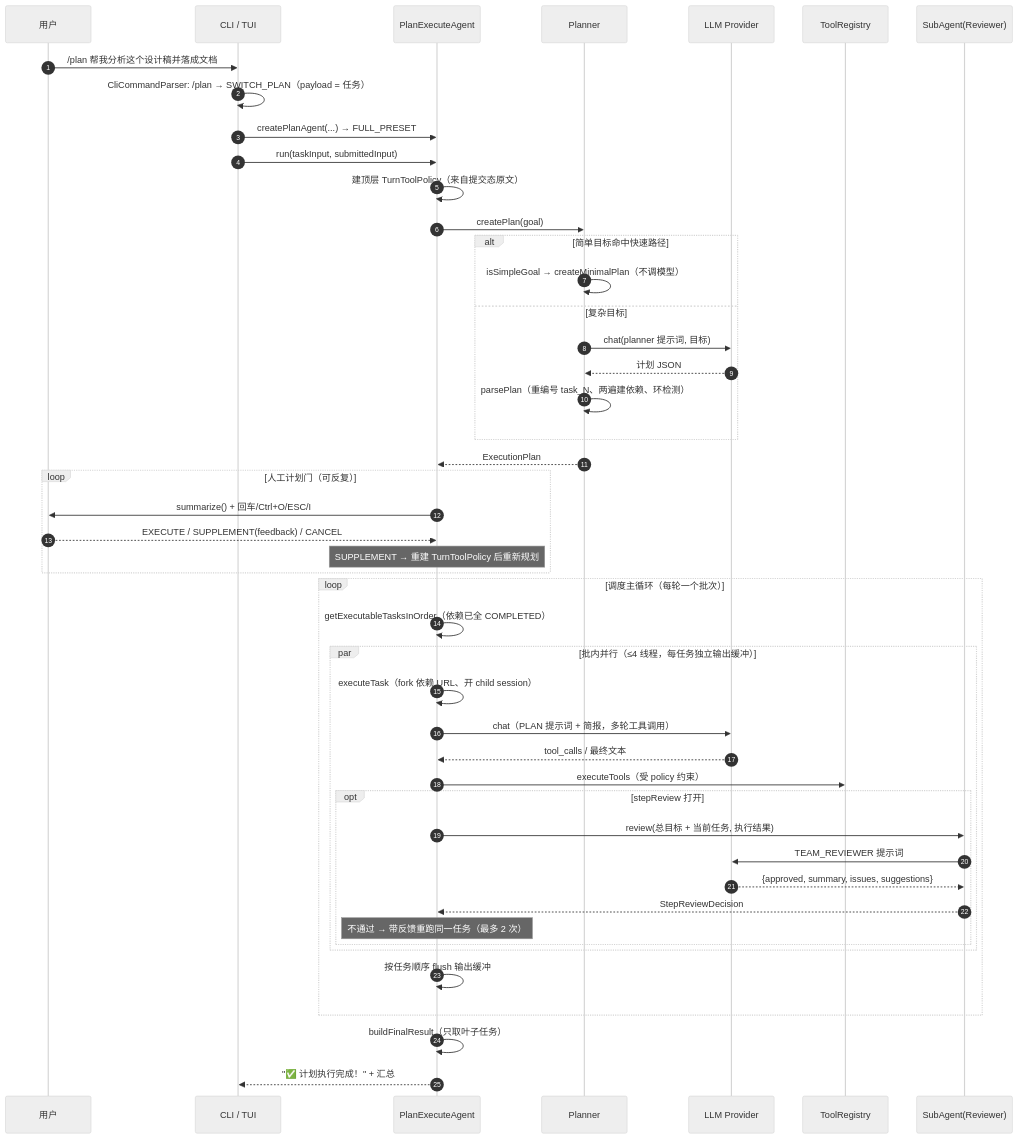
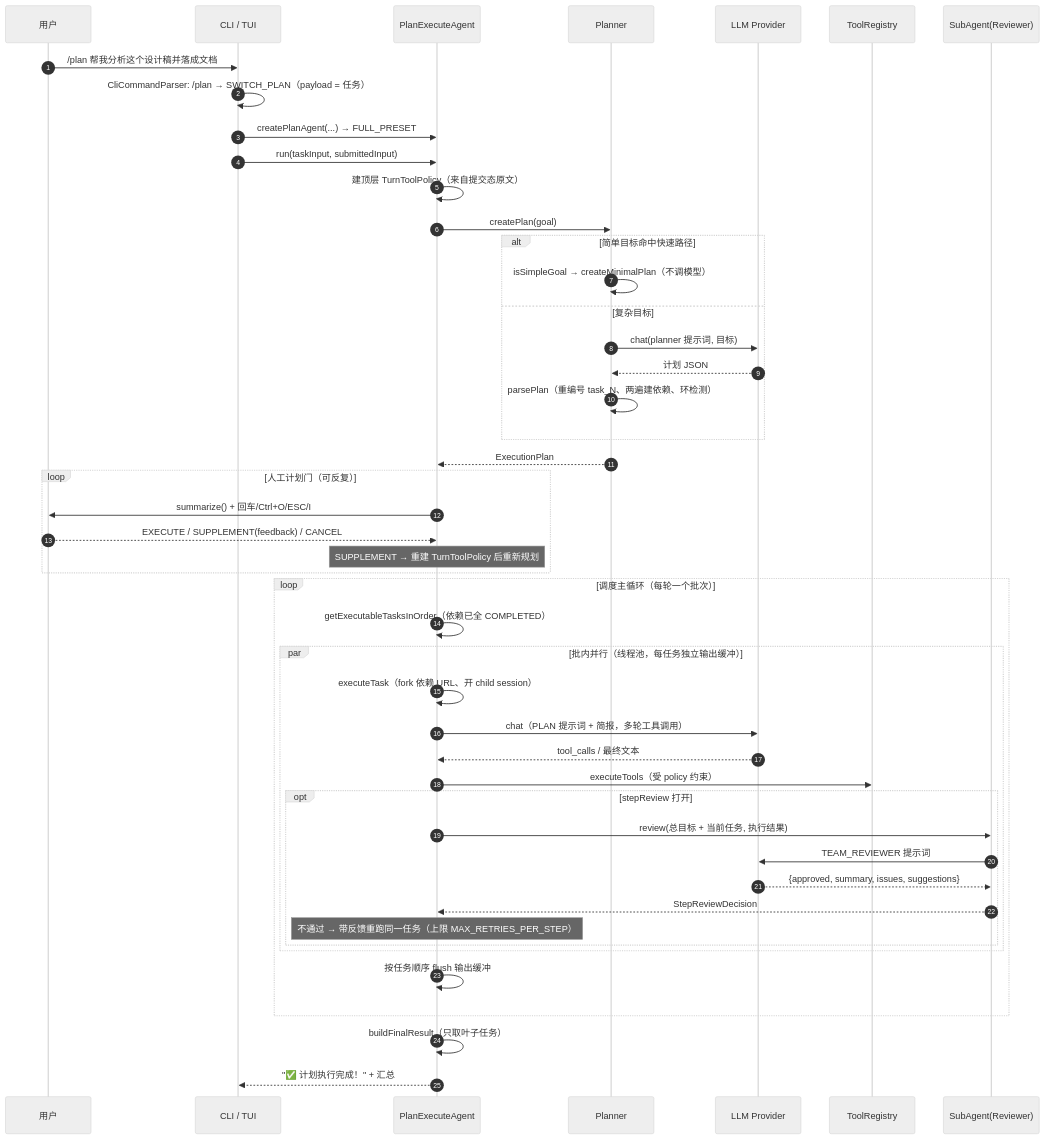
One commit to zgjdev/Code-Agent changed the third of 14 diagrams in docs/dev/03-multi-agent-collaboration.md. Above: the diagram before and after it, drawn with Mermaid (neutral theme). The commit also changed other lines of this file and 8 other files, not shown here.

````diff
--- a/docs/dev/03-multi-agent-collaboration.md
+++ b/docs/dev/03-multi-agent-collaboration.md
@@ -118,52 +255,52 @@
 ```mermaid
 sequenceDiagram
     autonumber
     participant U as 用户
     participant C as CLI / TUI
     participant P as PlanExecuteAgent
     participant PL as Planner
     participant L as LLM Provider
     participant T as ToolRegistry
     participant R as SubAgent(Reviewer)
 
     U->>C: /plan 帮我分析这个设计稿并落成文档
     C->>C: CliCommandParser: /plan → SWITCH_PLAN（payload = 任务）
     C->>P: createPlanAgent(...) → FULL_PRESET
     C->>P: run(taskInput, submittedInput)
     P->>P: 建顶层 TurnToolPolicy（来自提交态原文）
     P->>PL: createPlan(goal)
     alt 简单目标命中快速路径
         PL->>PL: isSimpleGoal → createMinimalPlan（不调模型）
     else 复杂目标
         PL->>L: chat(planner 提示词, 目标)
         L-->>PL: 计划 JSON
         PL->>PL: parsePlan（重编号 task_N、两遍建依赖、环检测）
     end
     PL-->>P: ExecutionPlan
 
     loop 人工计划门（可反复）
         P->>U: summarize() + 回车/Ctrl+O/ESC/I
         U-->>P: EXECUTE / SUPPLEMENT(feedback) / CANCEL
         note over P: SUPPLEMENT → 重建 TurnToolPolicy 后重新规划
     end
 
     loop 调度主循环（每轮一个批次）
         P->>P: getExecutableTasksInOrder（依赖已全 COMPLETED）
-        par 批内并行（≤4 线程，每任务独立输出缓冲）
+        par 批内并行（线程池，每任务独立输出缓冲）
             P->>P: executeTask（fork 依赖 URL、开 child session）
             P->>L: chat（PLAN 提示词 + 简报，多轮工具调用）
             L-->>P: tool_calls / 最终文本
             P->>T: executeTools（受 policy 约束）
             opt stepReview 打开
                 P->>R: review(总目标 + 当前任务, 执行结果)
                 R->>L: TEAM_REVIEWER 提示词
                 L-->>R: {approved, summary, issues, suggestions}
                 R-->>P: StepReviewDecision
-                note over P: 不通过 → 带反馈重跑同一任务（最多 2 次）
+                note over P: 不通过 → 带反馈重跑同一任务（上限 MAX_RETRIES_PER_STEP）
             end
         end
         P->>P: 按任务顺序 flush 输出缓冲
     end
     P->>P: buildFinalResult（只取叶子任务）
     P-->>C: "✅ 计划执行完成！" + 汇总
 ```
````
